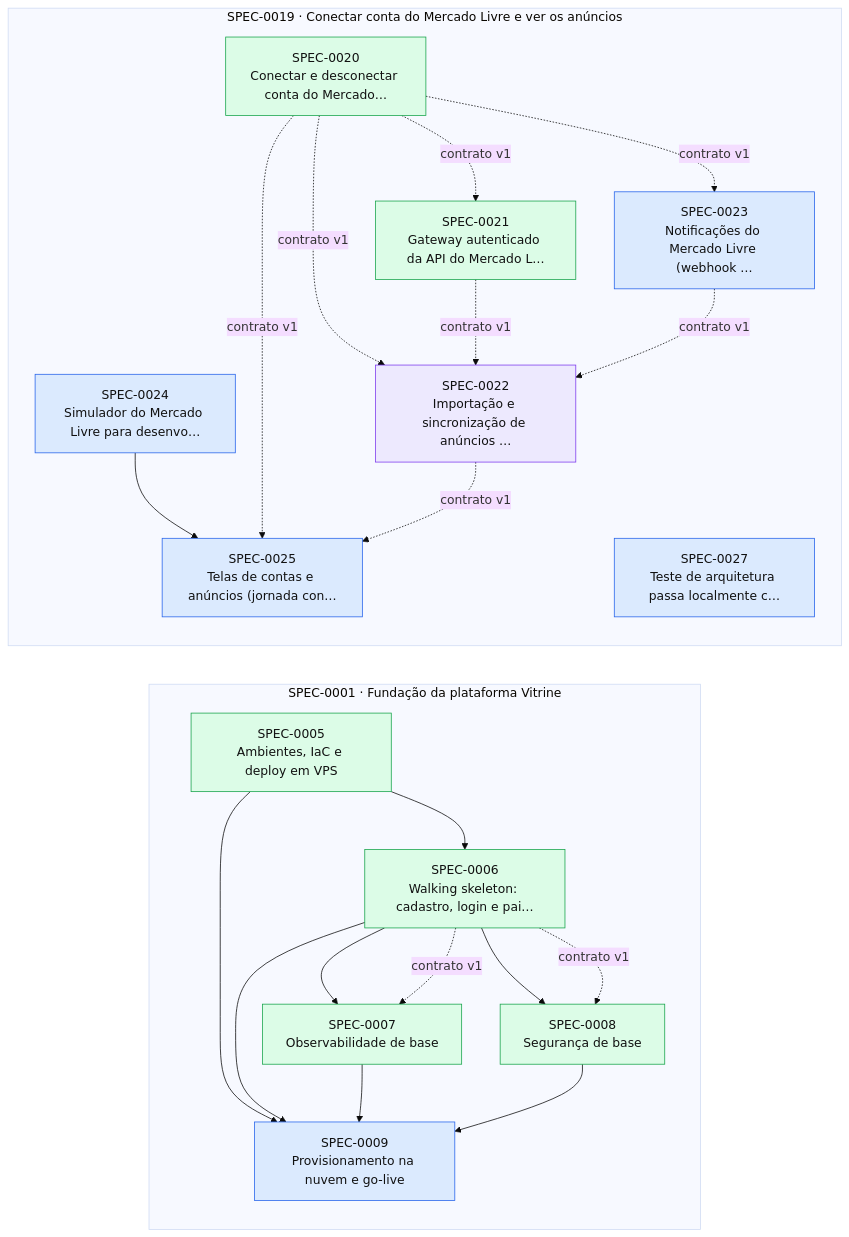
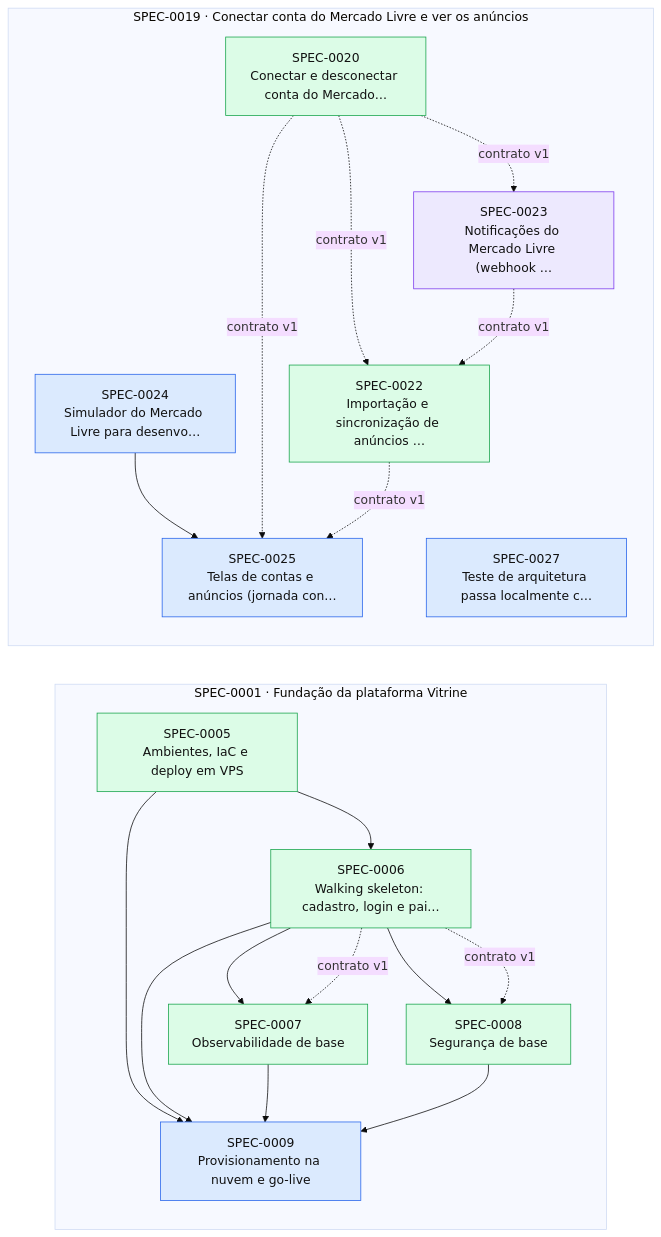
One commit to thomasravache/vitrine changed the diagram in docs/specs/INDEX.md. Above: the diagram before and after it, drawn with Mermaid (base theme). The commit also changed other lines of this file and 2 other files, not shown here.

First line of the commit message:
docs(specs): SPEC-0022 implementada; despacha a SPEC-0023

````diff
--- a/docs/specs/INDEX.md
+++ b/docs/specs/INDEX.md
@@ -63,41 +62,38 @@
 ```mermaid
 flowchart LR
   subgraph E0001["SPEC-0001 · Fundação da plataforma Vitrine"]
     S0005["SPEC-0005<br/>Ambientes, IaC e deploy em VPS"]:::implemented
     S0006["SPEC-0006<br/>Walking skeleton: cadastro, login e pai…"]:::implemented
     S0007["SPEC-0007<br/>Observabilidade de base"]:::implemented
     S0008["SPEC-0008<br/>Segurança de base"]:::implemented
     S0009["SPEC-0009<br/>Provisionamento na nuvem e go-live"]:::approved
   end
   subgraph E0019["SPEC-0019 · Conectar conta do Mercado Livre e ver os anúncios"]
     S0020["SPEC-0020<br/>Conectar e desconectar conta do Mercado…"]:::implemented
-    S0021["SPEC-0021<br/>Gateway autenticado da API do Mercado L…"]:::implemented
-    S0022["SPEC-0022<br/>Importação e sincronização de anúncios …"]:::inprogress
-    S0023["SPEC-0023<br/>Notificações do Mercado Livre (webhook …"]:::approved
+    S0022["SPEC-0022<br/>Importação e sincronização de anúncios …"]:::implemented
+    S0023["SPEC-0023<br/>Notificações do Mercado Livre (webhook …"]:::inprogress
     S0024["SPEC-0024<br/>Simulador do Mercado Livre para desenvo…"]:::approved
     S0025["SPEC-0025<br/>Telas de contas e anúncios (jornada con…"]:::approved
     S0027["SPEC-0027<br/>Teste de arquitetura passa localmente c…"]:::approved
   end
   S0005 --> S0006
   S0006 --> S0007
   S0006 -. contrato v1 .-> S0007
   S0006 --> S0008
   S0006 -. contrato v1 .-> S0008
   S0005 --> S0009
   S0006 --> S0009
   S0007 --> S0009
   S0008 --> S0009
-  S0020 -. contrato v1 .-> S0021
   S0020 -. contrato v1 .-> S0022
-  S0021 -. contrato v1 .-> S0022
   S0023 -. contrato v1 .-> S0022
   S0020 -. contrato v1 .-> S0023
   S0024 --> S0025
   S0020 -. contrato v1 .-> S0025
   S0022 -. contrato v1 .-> S0025
   classDef proposed fill:#fef3c7,stroke:#d97706,color:#111
   classDef approved fill:#dbeafe,stroke:#2563eb,color:#111
   classDef inprogress fill:#ede9fe,stroke:#7c3aed,color:#111
   classDef implemented fill:#dcfce7,stroke:#16a34a,color:#111
   classDef deprecated fill:#f3f4f6,stroke:#9ca3af,color:#6b7280
 ```
````
